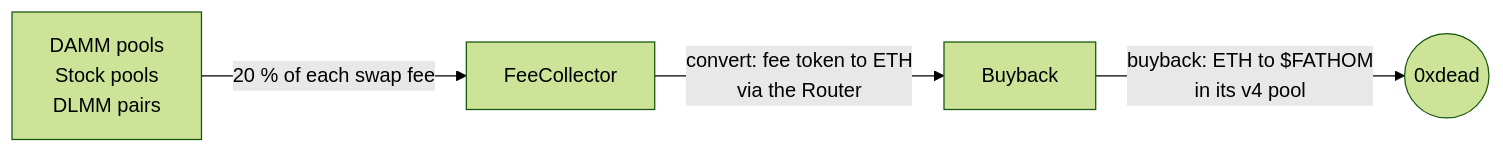
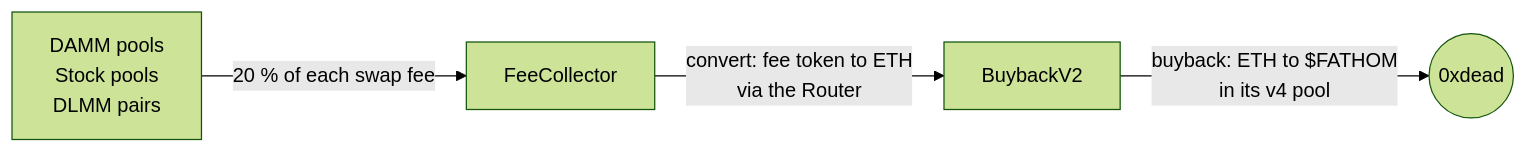
One commit to FathomPools/fathom-contracts changed the third of 3 diagrams in README.md. Above: the diagram before and after it, drawn with Mermaid (forest theme). The commit also changed other lines of this file and 7 other files, not shown here.

````diff
--- a/README.md
+++ b/README.md
@@ -168,6 +172,6 @@
 ```mermaid
 flowchart LR
     V[DAMM pools<br/>Stock pools<br/>DLMM pairs] -->|20 % of each swap fee| FC[FeeCollector]
-    FC -->|convert: fee token to ETH<br/>via the Router| B[Buyback]
+    FC -->|convert: fee token to ETH<br/>via the Router| B[BuybackV2]
     B -->|buyback: ETH to $FATHOM<br/>in its v4 pool| X((0xdead))
 ```
````
